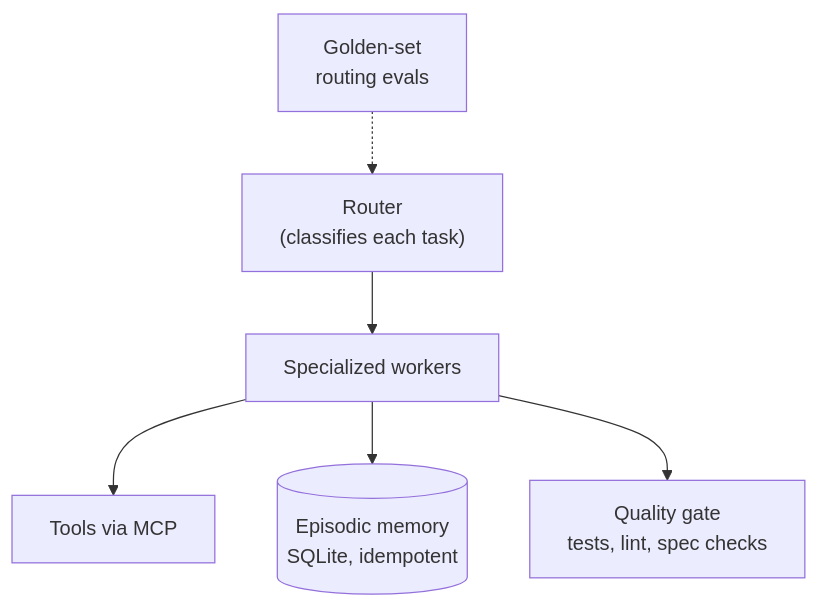
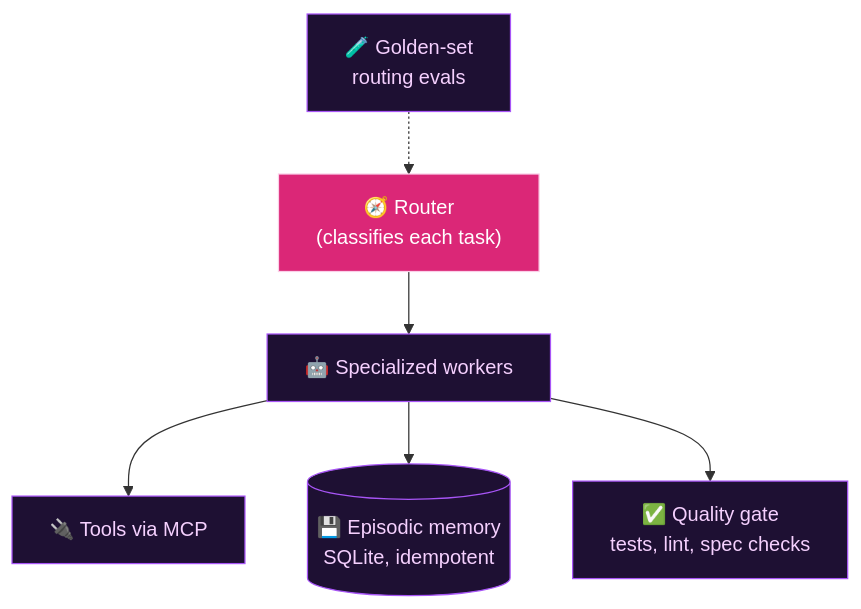
One commit to Ol3Ramirez/Ol3Ramirez changed the second of 2 diagrams in README.md. Above: the diagram before and after it, drawn with Mermaid. The commit also changed other lines of this file and 1 other file, not shown here.

First line of the commit message:
feat(profile): restore visual layer with banner, tech icons and diagrams

````diff
--- a/README.md
+++ b/README.md
@@ -56,8 +131,12 @@
 ```mermaid
 flowchart TD
-  evals["Golden-set<br/>routing evals"] -.-> router["Router<br/>(classifies each task)"]
-  router --> workers["Specialized workers"]
-  workers --> tools["Tools via MCP"]
-  workers --> mem[("Episodic memory<br/>SQLite, idempotent")]
-  workers --> gate["Quality gate<br/>tests, lint, spec checks"]
+  evals["🧪 Golden-set<br/>routing evals"] -.-> router["🧭 Router<br/>(classifies each task)"]
+  router --> workers["🤖 Specialized workers"]
+  workers --> tools["🔌 Tools via MCP"]
+  workers --> mem[("💾 Episodic memory<br/>SQLite, idempotent")]
+  workers --> gate["✅ Quality gate<br/>tests, lint, spec checks"]
+  classDef core fill:#db2777,stroke:#fbcfe8,color:#fff
+  classDef edge fill:#1e1033,stroke:#a855f7,color:#f5d0fe
+  class router core
+  class evals,workers,tools,mem,gate edge
 ```
````
